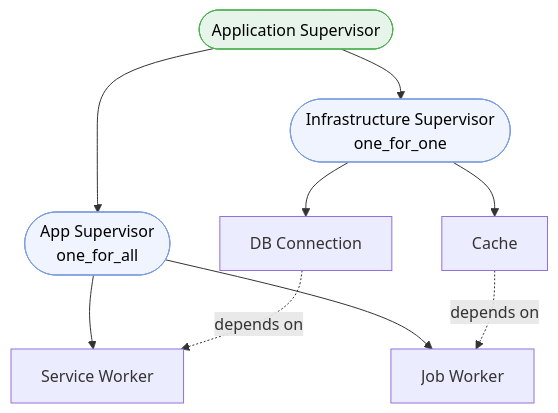
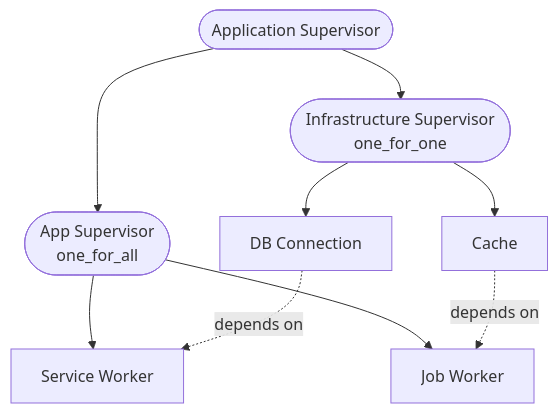
One commit to bchassoul/notes changed the tenth of 14 diagrams in docs/notes/otp.md. Above: the diagram before and after it, drawn with Mermaid. The commit also changed other lines of this file and 9 other files, not shown here.

Commit message:
Add diagrams and visual improvements across all notes

````diff
--- a/docs/notes/otp.md
+++ b/docs/notes/otp.md
@@ -785,20 +839,17 @@
 ```mermaid
 flowchart TD
     ROOT(["Application Supervisor"])
 
     ROOT --> INF(["Infrastructure Supervisor\none_for_one"])
     ROOT --> APP(["App Supervisor\none_for_all"])
 
     INF --> DB["DB Connection"]
     INF --> CACHE["Cache"]
 
     APP --> SVC["Service Worker"]
     APP --> JOB["Job Worker"]
 
     DB -.->|"depends on"| SVC
     CACHE -.->|"depends on"| JOB
 
-    style INF fill:#f0f4ff,stroke:#7b9cde,color:#000
-    style APP fill:#f0f4ff,stroke:#7b9cde,color:#000
-    style ROOT fill:#e6f4ea,stroke:#4caf50,color:#000
 ```
````
